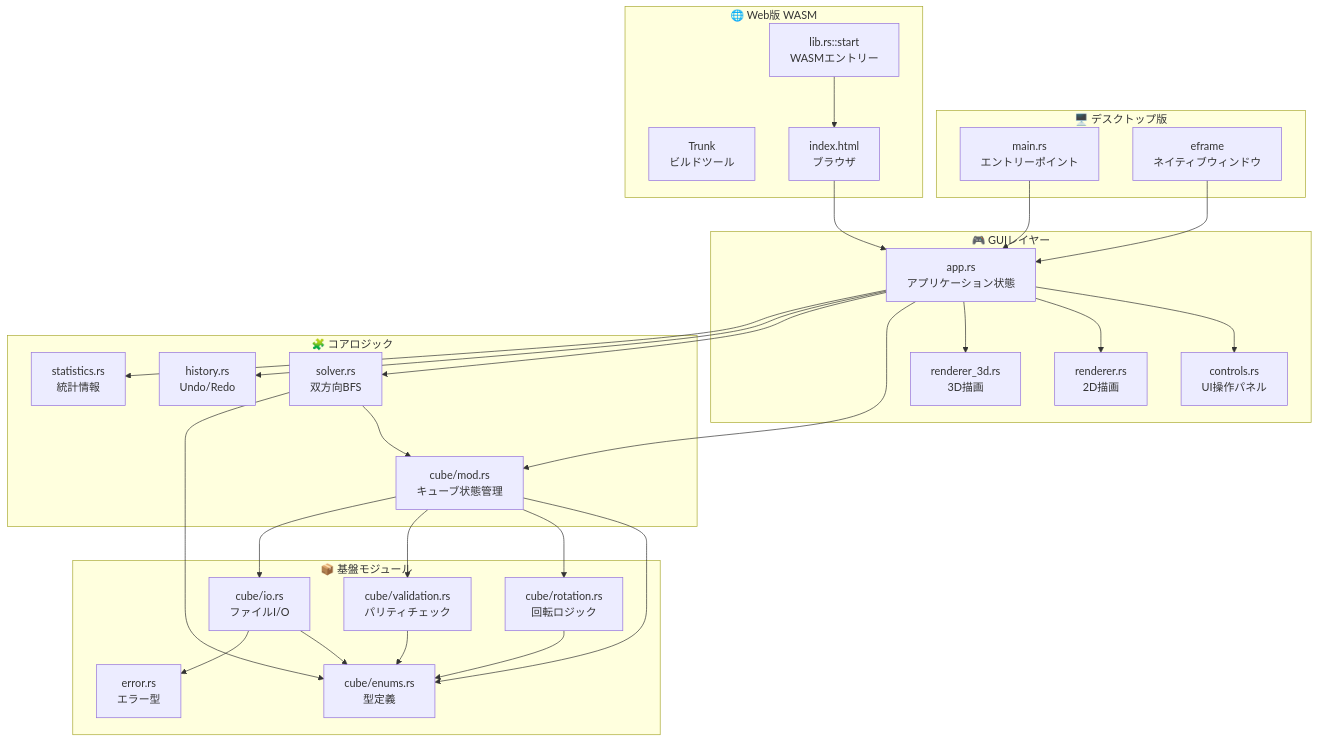
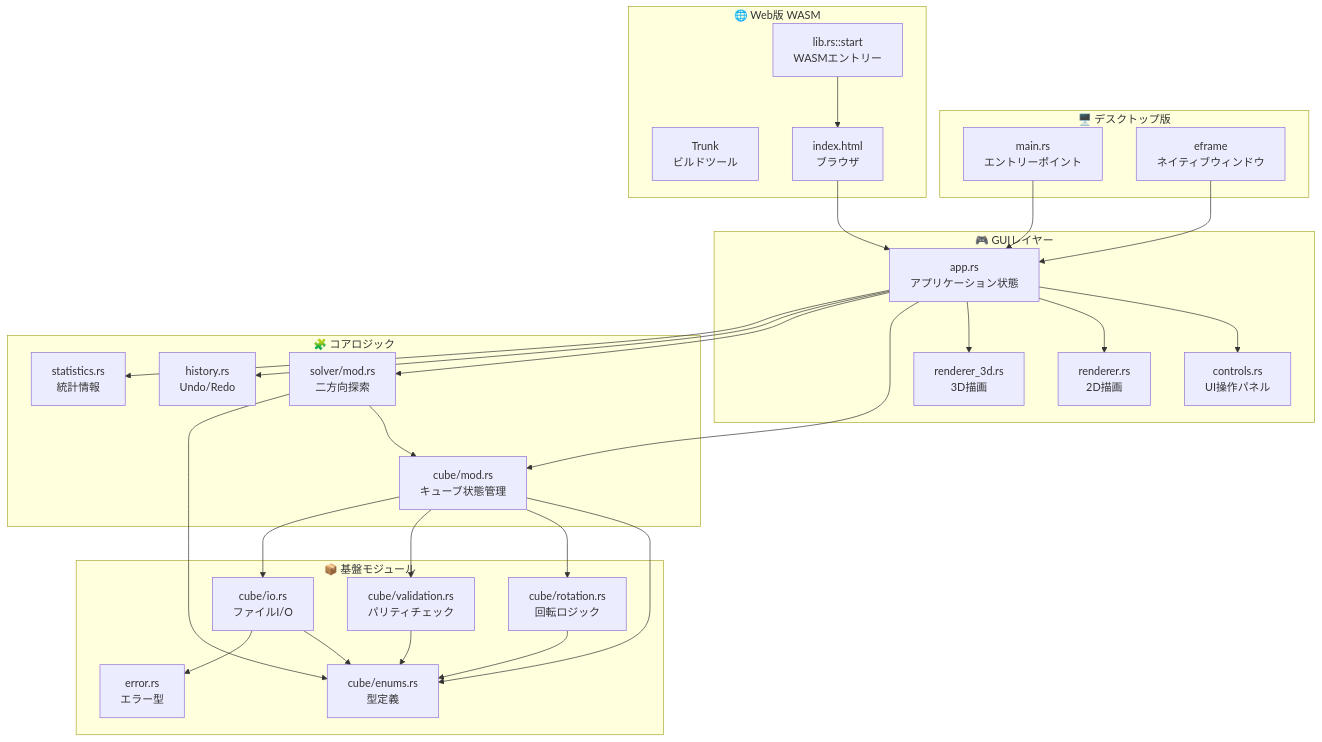
Before and after one commit to katoy/rust-r-cube: the first of 2 diagrams in 2x2-web/README.md, drawn with Mermaid. The commit also changed other lines of this file, not shown here.

````diff
--- a/2x2-web/README.md
+++ b/2x2-web/README.md
@@ -229,60 +110,60 @@
 ```mermaid
 graph TB
     subgraph "🖥️ デスクトップ版"
         D1[main.rs<br/>エントリーポイント]
         D2[eframe<br/>ネイティブウィンドウ]
     end
 
     subgraph "🌐 Web版 WASM"
         W1[lib.rs::start<br/>WASMエントリー]
         W2[Trunk<br/>ビルドツール]
         W3[index.html<br/>ブラウザ]
     end
 
     subgraph "🎮 GUIレイヤー"
         GUI1[app.rs<br/>アプリケーション状態]
         GUI2[controls.rs<br/>UI操作パネル]
         GUI3[renderer.rs<br/>2D描画]
         GUI4[renderer_3d.rs<br/>3D描画]
     end
 
     subgraph "🧩 コアロジック"
         CORE1[cube/mod.rs<br/>キューブ状態管理]
-        CORE2[solver.rs<br/>双方向BFS]
+        CORE2[solver/mod.rs<br/>二方向探索]
         CORE3[history.rs<br/>Undo/Redo]
         CORE4[statistics.rs<br/>統計情報]
     end
 
     subgraph "📦 基盤モジュール"
         BASE1[cube/enums.rs<br/>型定義]
         BASE2[cube/rotation.rs<br/>回転ロジック]
         BASE3[cube/validation.rs<br/>パリティチェック]
         BASE4[cube/io.rs<br/>ファイルI/O]
         BASE5[error.rs<br/>エラー型]
     end
 
     D1 --> GUI1
     W1 --> W3
     W3 --> GUI1
     D2 --> GUI1
 
     GUI1 --> GUI2
     GUI1 --> GUI3
     GUI1 --> GUI4
     GUI1 --> CORE1
     GUI1 --> CORE2
     GUI1 --> CORE3
     GUI1 --> CORE4
 
     CORE1 --> BASE1
     CORE1 --> BASE2
     CORE1 --> BASE3
     CORE1 --> BASE4
     CORE2 --> CORE1
     CORE2 --> BASE1
 
     BASE2 --> BASE1
     BASE3 --> BASE1
     BASE4 --> BASE1
     BASE4 --> BASE5
 ```
````
